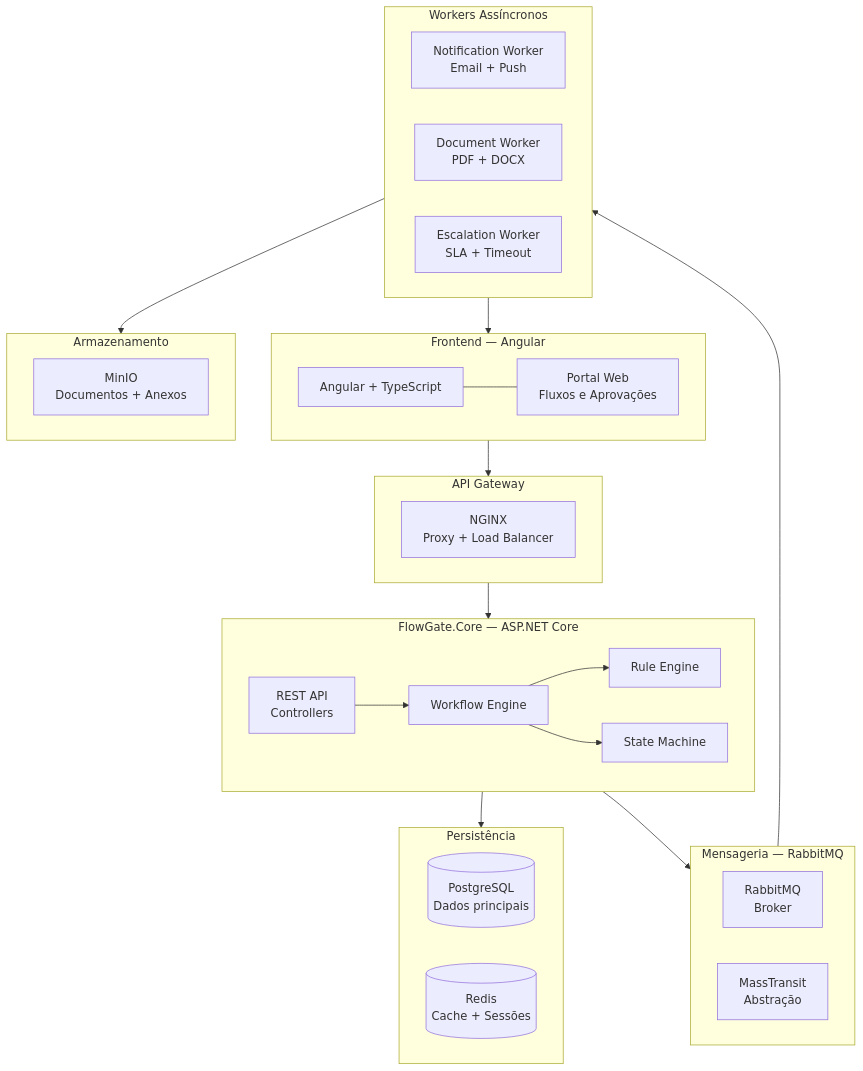
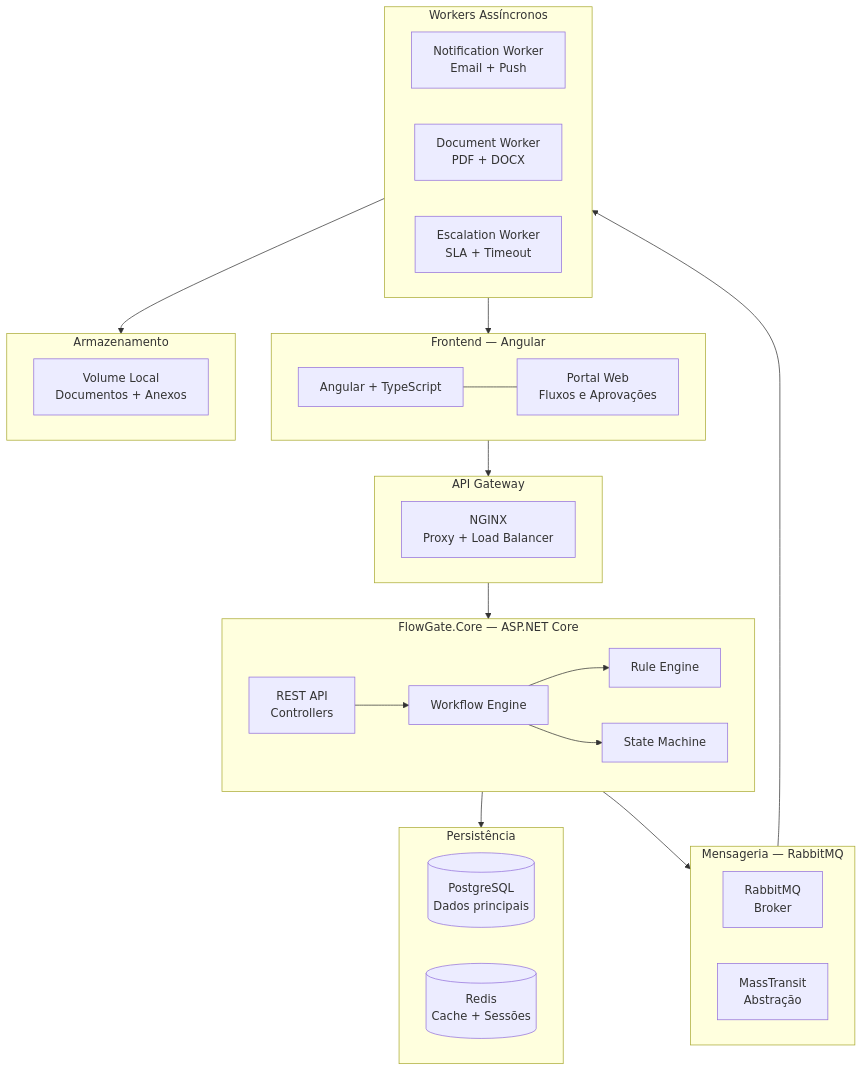
One commit to NicolasEstrella/FlowGate changed the first of 6 diagrams in docs/02-architecture.md. Above: the diagram before and after it, drawn with Mermaid. The commit also changed other lines of this file and 5 other files, not shown here.

First line of the commit message:
docs: update architecture, workflow engine docs and project proposals

````diff
--- a/docs/02-architecture.md
+++ b/docs/02-architecture.md
@@ -20,50 +20,50 @@
 ```mermaid
 graph TB
     subgraph Frontend["Frontend — Angular"]
         UI[Angular + TypeScript]
         WF[Portal Web\nFluxos e Aprovações]
         UI --- WF
     end
 
     subgraph Gateway["API Gateway"]
         NGINX[NGINX\nProxy + Load Balancer]
     end
 
     subgraph Backend["FlowGate.Core — ASP.NET Core"]
         API[REST API\nControllers]
         WE[Workflow Engine]
         RE[Rule Engine]
         SM[State Machine]
         API --> WE
         WE --> RE
         WE --> SM
     end
 
     subgraph Data["Persistência"]
         PG[(PostgreSQL\nDados principais)]
         RD[(Redis\nCache + Sessões)]
     end
 
     subgraph Messaging["Mensageria — RabbitMQ"]
         MQ[RabbitMQ\nBroker]
         MT[MassTransit\nAbstração]
     end
 
     subgraph Workers["Workers Assíncronos"]
         WN[Notification Worker\nEmail + Push]
         WD[Document Worker\nPDF + DOCX]
         WE2[Escalation Worker\nSLA + Timeout]
     end
 
     subgraph Storage["Armazenamento"]
-        MN[MinIO\nDocumentos + Anexos]
+        FS[Volume Local\nDocumentos + Anexos]
     end
 
     Frontend --> Gateway
     Gateway --> Backend
     Backend --> Data
     Backend --> Messaging
     Messaging --> Workers
     Workers --> Storage
     Workers --> Frontend
 ```
````
